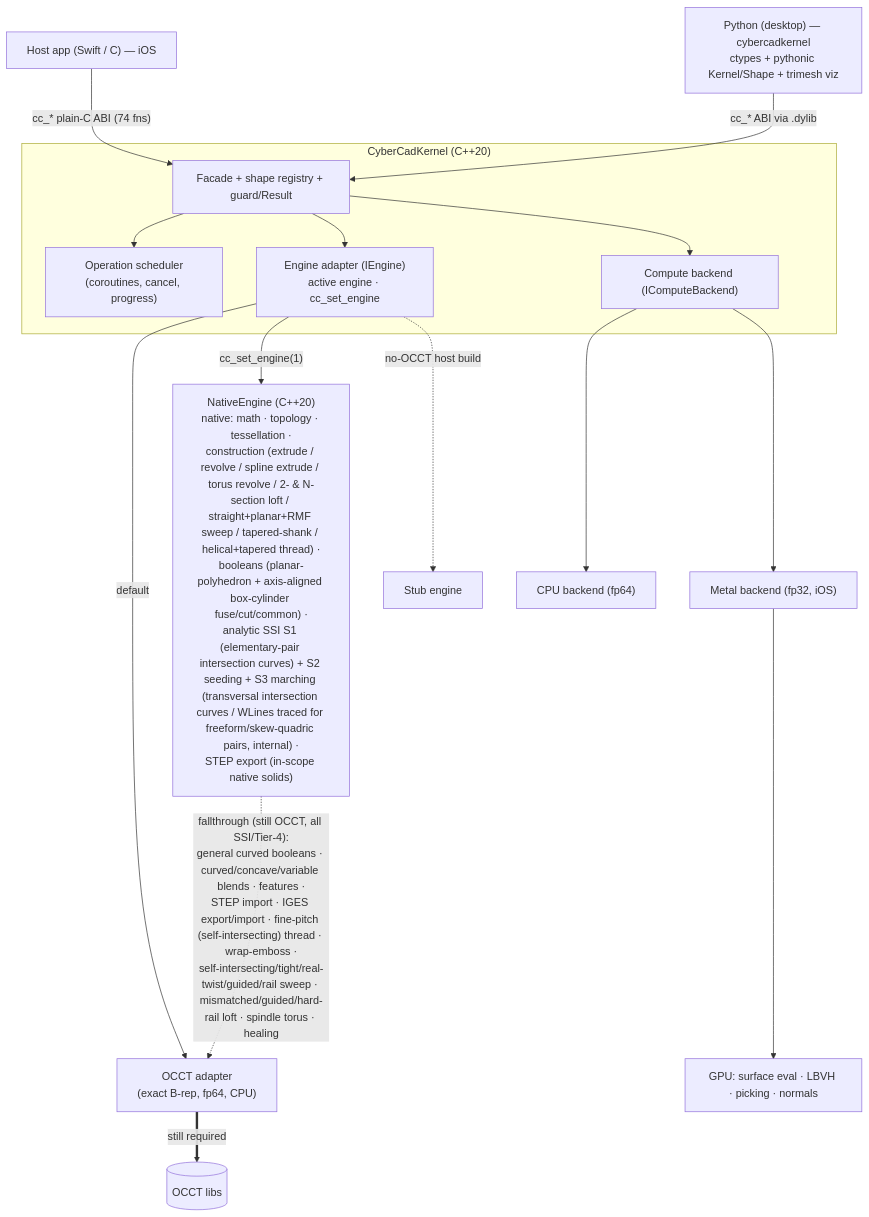
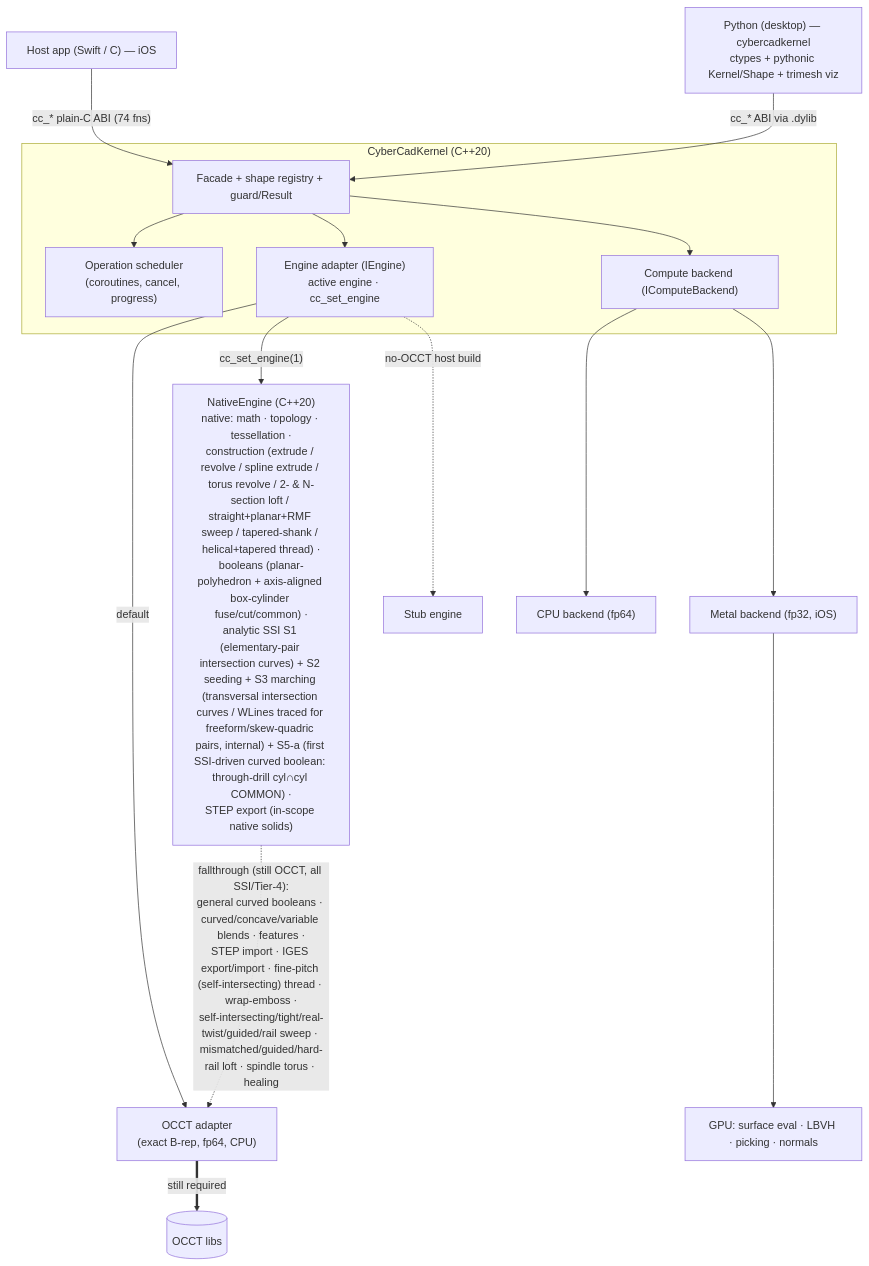
The diagram in README.md (CyberdyneCorp/CyberCadKernel), drawn with Mermaid before and after one commit. The commit also changed other lines of this file and 23 other files, not shown here.

````diff
--- a/README.md
+++ b/README.md
@@ -33,27 +33,27 @@
 ```mermaid
 flowchart TD
     App["Host app (Swift / C) — iOS"] -->|"cc_* plain-C ABI (74 fns)"| Facade
     Py["Python (desktop) — cybercadkernel<br/>ctypes + pythonic Kernel/Shape + trimesh viz"] -->|"cc_* ABI via .dylib"| Facade
 
     subgraph Kernel["CyberCadKernel (C++20)"]
         Facade["Facade + shape registry + guard/Result"]
         Sched["Operation scheduler<br/>(coroutines, cancel, progress)"]
         Engine["Engine adapter (IEngine)<br/>active engine · cc_set_engine"]
         Compute["Compute backend (IComputeBackend)"]
 
         Facade --> Sched
         Facade --> Engine
         Facade --> Compute
     end
 
     Engine -->|"default"| OCCT["OCCT adapter<br/>(exact B-rep, fp64, CPU)"]
-    Engine -->|"cc_set_engine(1)"| Native["NativeEngine (C++20)<br/>native: math · topology · tessellation ·<br/>construction (extrude / revolve / spline extrude / torus revolve / 2- &amp; N-section loft / straight+planar+RMF sweep / tapered-shank / helical+tapered thread) ·<br/>booleans (planar-polyhedron + axis-aligned box-cylinder fuse/cut/common) ·<br/>analytic SSI S1 (elementary-pair intersection curves) + S2 seeding + S3 marching (transversal intersection curves / WLines traced for freeform/skew-quadric pairs, internal) ·<br/>STEP export (in-scope native solids)"]
+    Engine -->|"cc_set_engine(1)"| Native["NativeEngine (C++20)<br/>native: math · topology · tessellation ·<br/>construction (extrude / revolve / spline extrude / torus revolve / 2- &amp; N-section loft / straight+planar+RMF sweep / tapered-shank / helical+tapered thread) ·<br/>booleans (planar-polyhedron + axis-aligned box-cylinder fuse/cut/common) ·<br/>analytic SSI S1 (elementary-pair intersection curves) + S2 seeding + S3 marching (transversal intersection curves / WLines traced for freeform/skew-quadric pairs, internal) + S5-a (first SSI-driven curved boolean: through-drill cyl∩cyl COMMON) ·<br/>STEP export (in-scope native solids)"]
     Engine -.->|"no-OCCT host build"| Stub["Stub engine"]
 
     Native -.->|"fallthrough (still OCCT, all SSI/Tier-4):<br/>general curved booleans · curved/concave/variable blends · features ·<br/>STEP import · IGES export/import · fine-pitch (self-intersecting) thread · wrap-emboss ·<br/>self-intersecting/tight/real-twist/guided/rail sweep · mismatched/guided/hard-rail loft · spindle torus · healing"| OCCT
     OCCT ==>|"still required"| OCCTlib[("OCCT libs")]
 
     Compute --> CPUb["CPU backend (fp64)"]
     Compute --> Metal["Metal backend (fp32, iOS)"]
     Metal --> GPU["GPU: surface eval · LBVH · picking · normals"]
 ```
````
